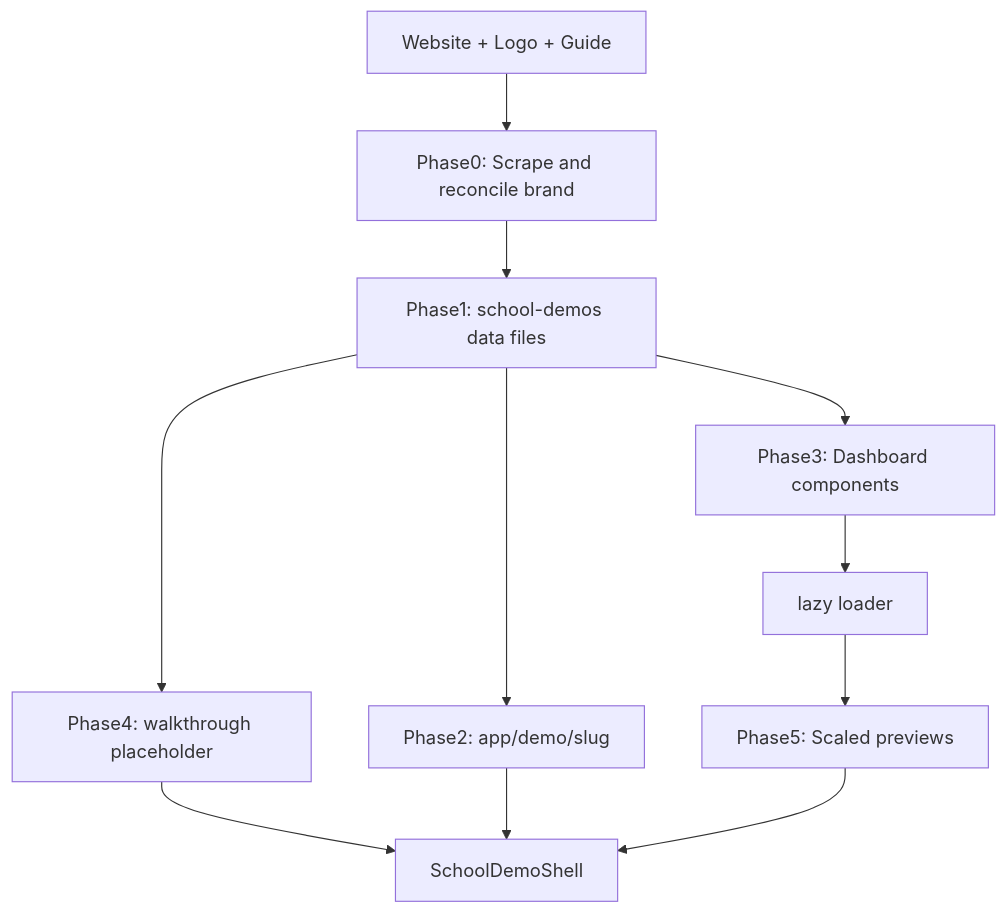
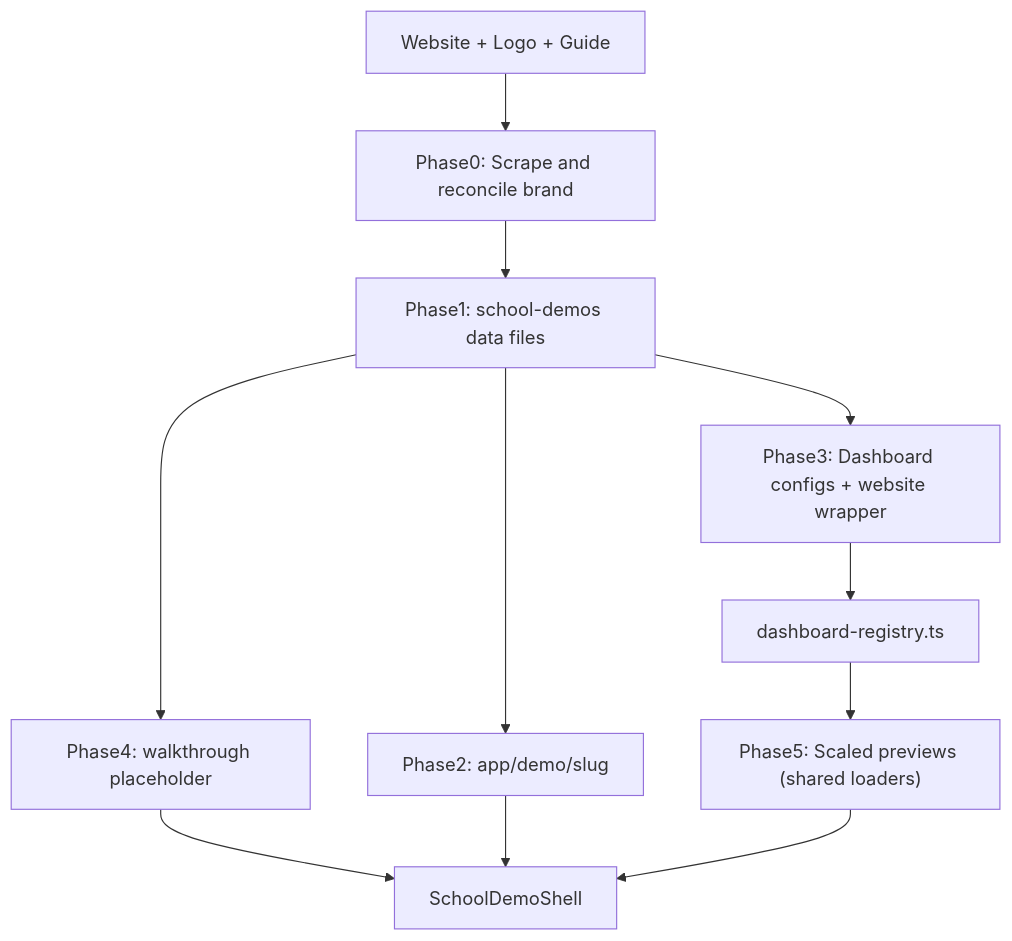
The diagram in .cursor/skills/school-demo-builder/SKILL.md (SageDevelopmentCode/schoolstack_landing), drawn with Mermaid before and after one commit. The commit also changed other lines of this file and 232 other files, not shown here.

````diff
--- a/.cursor/skills/school-demo-builder/SKILL.md
+++ b/.cursor/skills/school-demo-builder/SKILL.md
@@ -31,13 +31,13 @@
 ```mermaid
 flowchart TD
   Inputs["Website + Logo + Guide"] --> Research["Phase0: Scrape and reconcile brand"]
   Research --> Data["Phase1: school-demos data files"]
   Data --> Route["Phase2: app/demo/slug"]
-  Data --> Components["Phase3: Dashboard components"]
-  Components --> Lazy["lazy loader"]
+  Data --> Components["Phase3: Dashboard configs + website wrapper"]
+  Components --> Registry["dashboard-registry.ts"]
   Data --> Walkthrough["Phase4: walkthrough placeholder"]
-  Lazy --> Scaled["Phase5: Scaled previews"]
+  Registry --> Scaled["Phase5: Scaled previews (shared loaders)"]
   Walkthrough --> Shell["SchoolDemoShell"]
   Route --> Shell
   Scaled --> Shell
 ```
````
